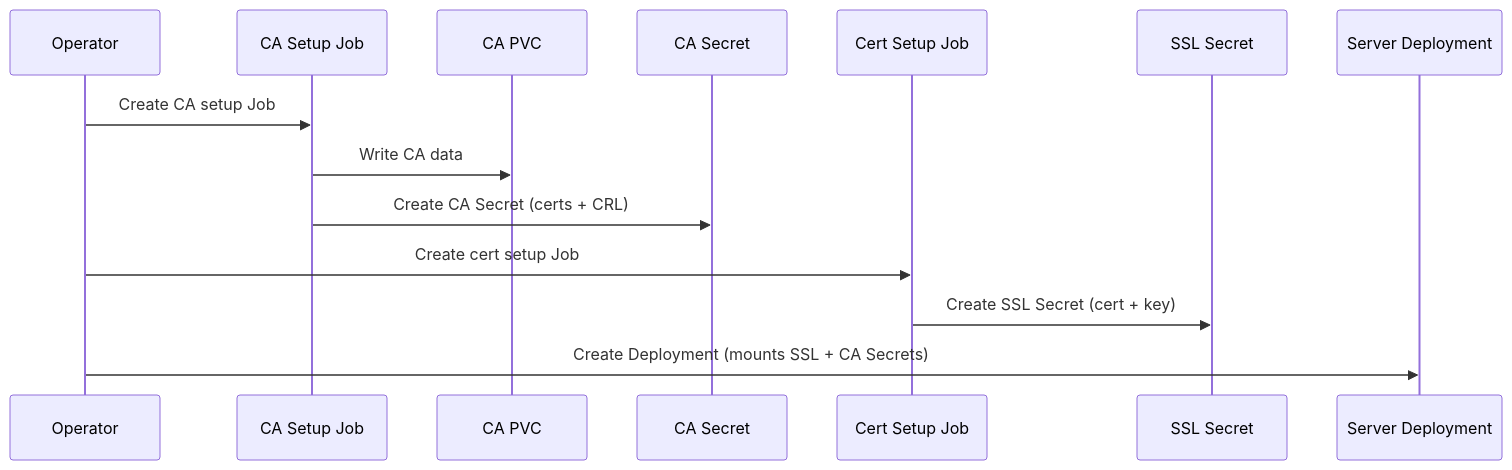
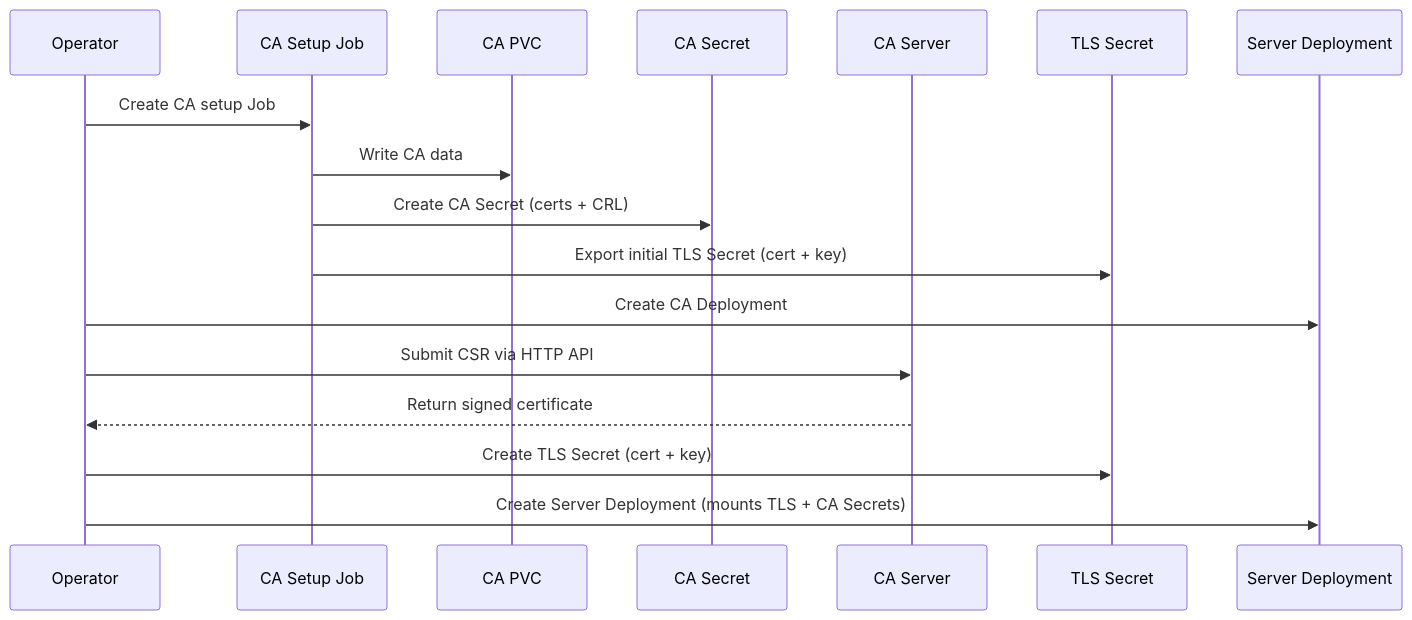
Before and after one commit to mathildabot/openvox-operator: the diagram in docs/concepts/architecture.md, drawn with Mermaid. The commit also changed other lines of this file and 1 other file, not shown here.

Commit message:
docs: fix certificate signing description to reflect in-process HTTP signing

````diff
--- a/docs/concepts/architecture.md
+++ b/docs/concepts/architecture.md
@@ -46,17 +46,20 @@
 ```mermaid
 sequenceDiagram
     participant Op as Operator
     participant CAJob as CA Setup Job
     participant PVC as CA PVC
     participant CASec as CA Secret
-    participant CertJob as Cert Setup Job
-    participant SSLSec as SSL Secret
+    participant CA as CA Server
+    participant TLS as TLS Secret
     participant Srv as Server Deployment
 
     Op->>CAJob: Create CA setup Job
     CAJob->>PVC: Write CA data
     CAJob->>CASec: Create CA Secret (certs + CRL)
-    Op->>CertJob: Create cert setup Job
-    CertJob->>SSLSec: Create SSL Secret (cert + key)
-    Op->>Srv: Create Deployment (mounts SSL + CA Secrets)
+    CAJob->>TLS: Export initial TLS Secret (cert + key)
+    Op->>Srv: Create CA Deployment
+    Op->>CA: Submit CSR via HTTP API
+    CA-->>Op: Return signed certificate
+    Op->>TLS: Create TLS Secret (cert + key)
+    Op->>Srv: Create Server Deployment (mounts TLS + CA Secrets)
 ```
````
